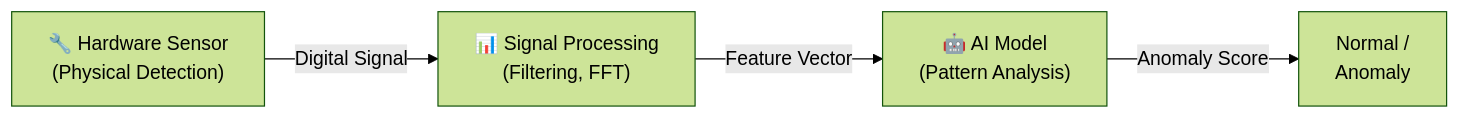
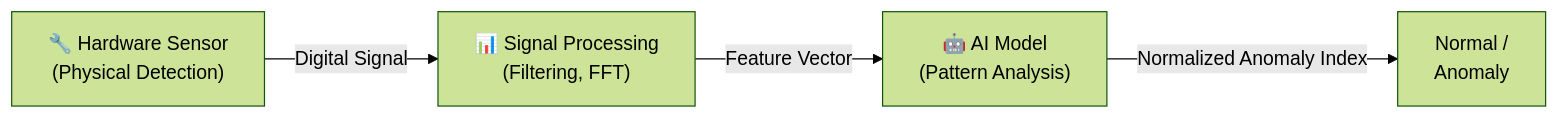
The first of 2 diagrams in 05-ai-ml/ai-overview.md (akhilsoigama/infra_socket), drawn with Mermaid (forest theme) before and after one commit. The commit also changed other lines of this file and 43 other files, not shown here.

````diff
--- a/05-ai-ml/ai-overview.md
+++ b/05-ai-ml/ai-overview.md
@@ -8,6 +8,6 @@
 ```mermaid
 flowchart LR
     SENSOR["🔧 Hardware Sensor\n(Physical Detection)"] -->|"Digital Signal"| SP["📊 Signal Processing\n(Filtering, FFT)"]
     SP -->|"Feature Vector"| AI["🤖 AI Model\n(Pattern Analysis)"]
-    AI -->|"Anomaly Score"| DECISION["Normal /\nAnomaly"]
+    AI -->|"Normalized Anomaly Index"| DECISION["Normal /\nAnomaly"]
 ```
````
